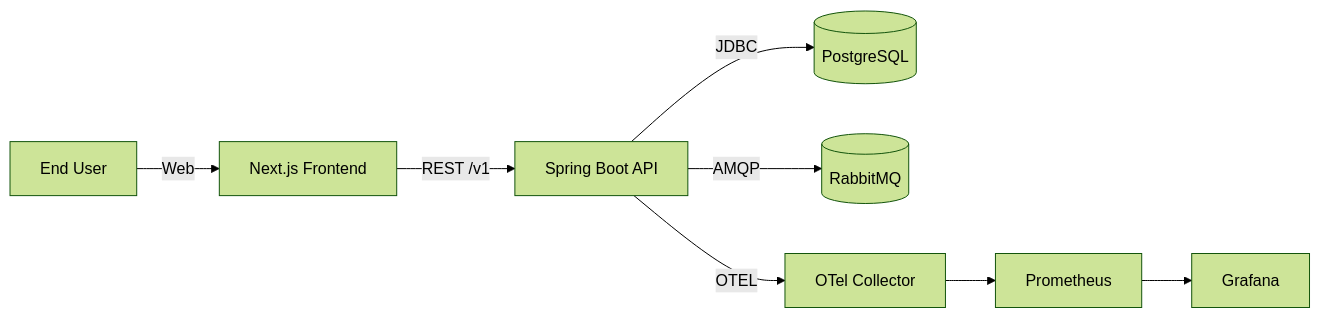
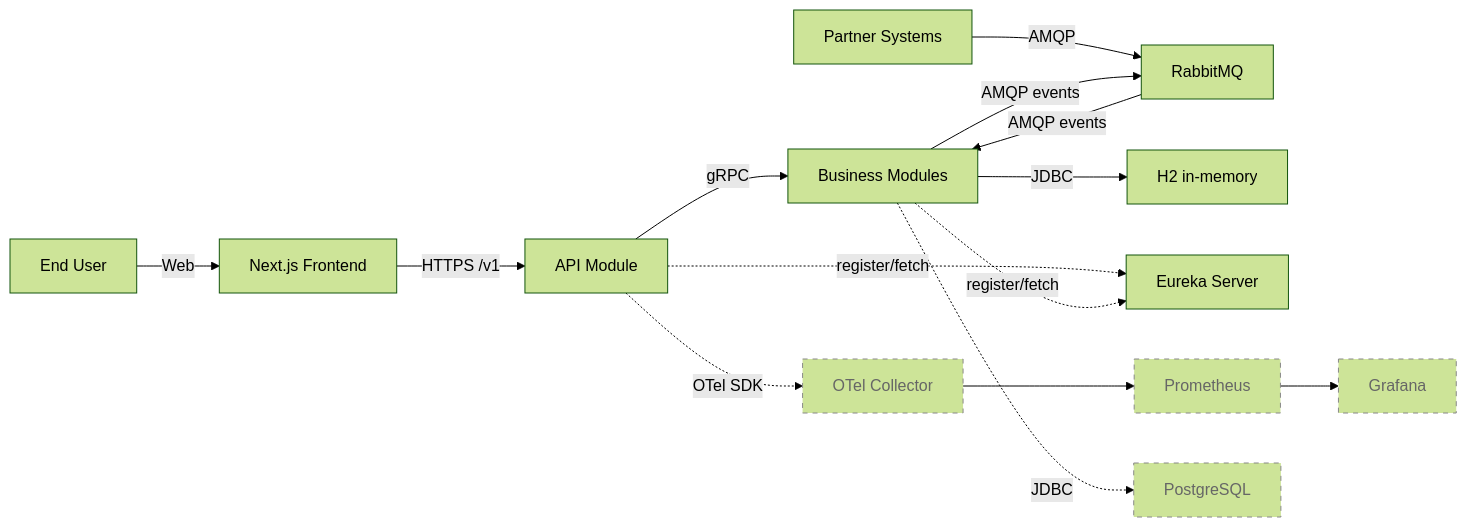
The diagram in docs/architecture/c4-context.md (alexandervivas/personal-banking-be-java), drawn with Mermaid (forest theme) before and after one commit. The commit also changed 115 other files, not shown here.

````diff
--- a/docs/architecture/c4-context.md
+++ b/docs/architecture/c4-context.md
@@ -3,10 +3,32 @@
 ```mermaid
 flowchart LR
+  %% Classes
+  classDef roadmap stroke-dasharray: 5 5,stroke:#888,color:#666;
+
   User[End User] -->|Web| NextJS[Next.js Frontend]
-  NextJS -->|REST /v1| API[Spring Boot API]
-  API -->|JDBC| PG[(PostgreSQL)]
-  API -->|AMQP| RMQ[(RabbitMQ)]
-  API -->|OTEL| OTel[OTel Collector]
+  NextJS -->|HTTPS /v1| API[API Module]
+
+  %% Partners interact via RabbitMQ (AMQP)
+  Partner[Partner Systems] -->|AMQP| RMQ[RabbitMQ]
+
+  %% Core interactions within the platform
+  API -->|gRPC| Modules[Business Modules]
+  Modules -->|JDBC| H2[H2 in-memory]
+  Modules -->|AMQP events| RMQ
+  RMQ -->|AMQP events| Modules
+
+  %% Service discovery (Eureka within our platform)
+  API -. register/fetch .-> Eureka[Eureka Server]
+  Modules -. register/fetch .-> Eureka
+
+  %% Observability (roadmap)
+  API -. OTel SDK .-> OTel[OTel Collector]
   OTel --> Prom[Prometheus]
   Prom --> Graf[Grafana]
+
+  %% Future data store (roadmap)
+  Modules -. JDBC .-> PG[PostgreSQL]
+
+  %% Styling roadmap elements
+  class OTel,Prom,Graf,PG roadmap;
 ```
````
